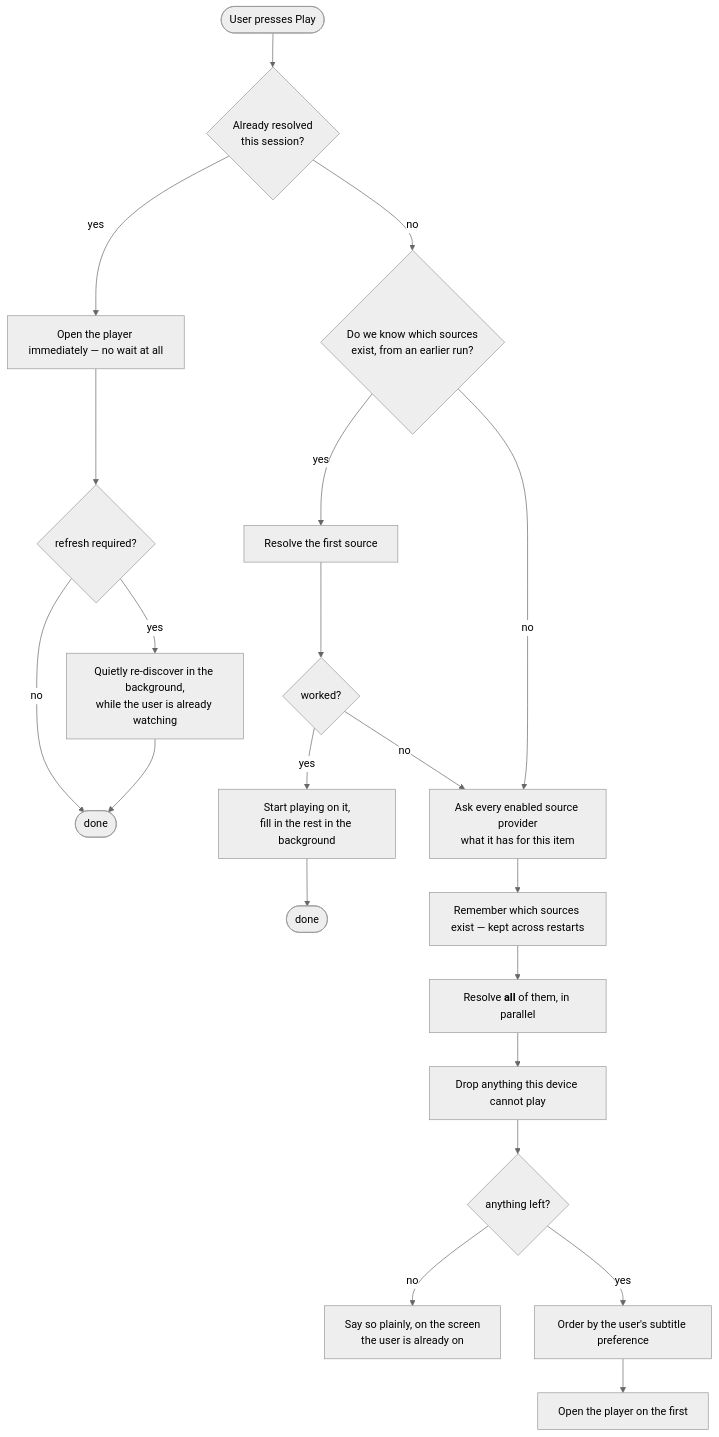
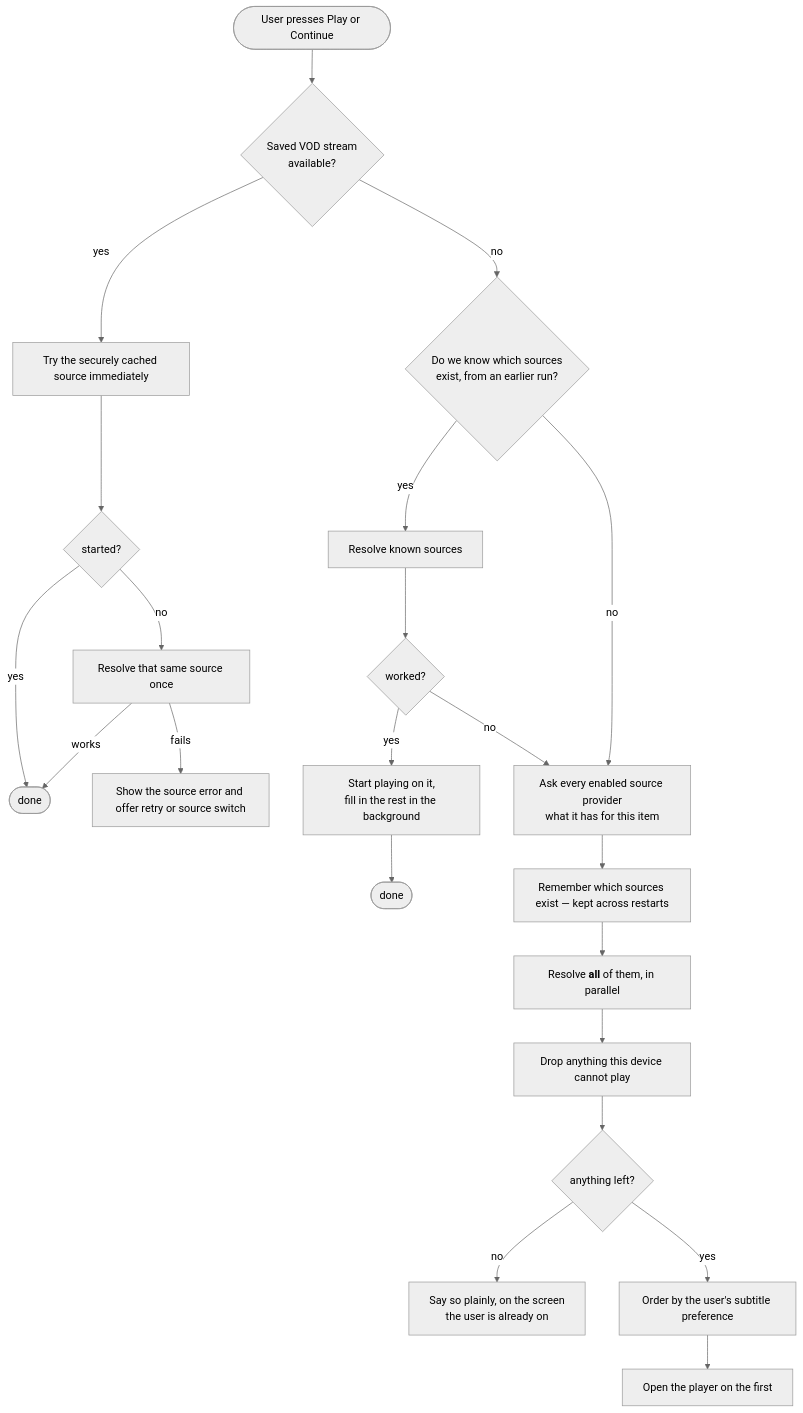
The ninth of 13 diagrams in docs/04-user-journey.md (nimbusfvck/fvcksubs), drawn with Mermaid (neutral theme) before and after one commit. The commit also changed other lines of this file and 22 other files, not shown here.

````diff
--- a/docs/04-user-journey.md
+++ b/docs/04-user-journey.md
@@ -234,27 +234,28 @@
 ```mermaid
 flowchart TD
-    START(["User presses Play"]) --> C1{"Already resolved<br/>this session?"}
+    START(["User presses Play or Continue"]) --> C1{"Saved VOD stream<br/>available?"}
 
-    C1 -->|yes| OPEN1["Open the player immediately — no wait at all"]
-    OPEN1 --> ST{"refresh required?"}
-    ST -->|yes| REV["Quietly re-discover in the background,<br/>while the user is already watching"]
-    ST -->|no| D1([done])
-    REV --> D1
+    C1 -->|yes| OPEN1["Try the securely cached source immediately"]
+    OPEN1 --> F1{"started?"}
+    F1 -->|yes| D1([done])
+    F1 -->|no| R1["Resolve that same source once"]
+    R1 -->|works| D1
+    R1 -->|fails| ERR["Show the source error and offer retry or source switch"]
 
     C1 -->|no| C2{"Do we know which sources<br/>exist, from an earlier run?"}
 
-    C2 -->|yes| FAST["Resolve the first source"]
+    C2 -->|yes| FAST["Resolve known sources"]
     FAST --> F2{"worked?"}
     F2 -->|yes| OPEN2["Start playing on it,<br/>fill in the rest in the background"]
     F2 -->|no| FULL
     OPEN2 --> D2([done])
 
     C2 -->|no| FULL["Ask every enabled source provider<br/>what it has for this item"]
     FULL --> REC["Remember which sources exist — kept across restarts"]
     REC --> RES["Resolve <b>all</b> of them, in parallel"]
     RES --> CAP["Drop anything this device cannot play"]
     CAP --> E{"anything left?"}
     E -->|no| SAY["Say so plainly, on the screen<br/>the user is already on"]
     E -->|yes| ORD["Order by the user's subtitle preference"]
     ORD --> PLAY["Open the player on the first"]
 ```
````
